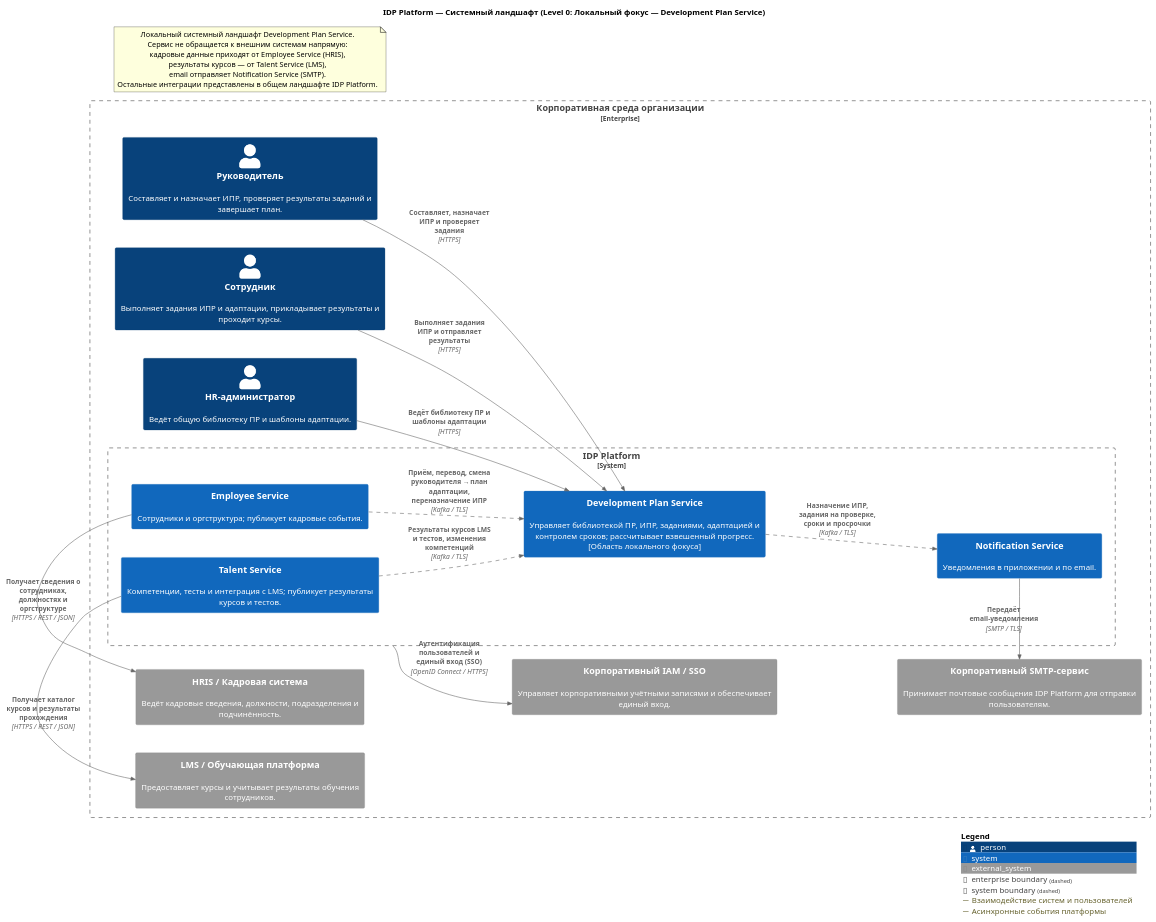
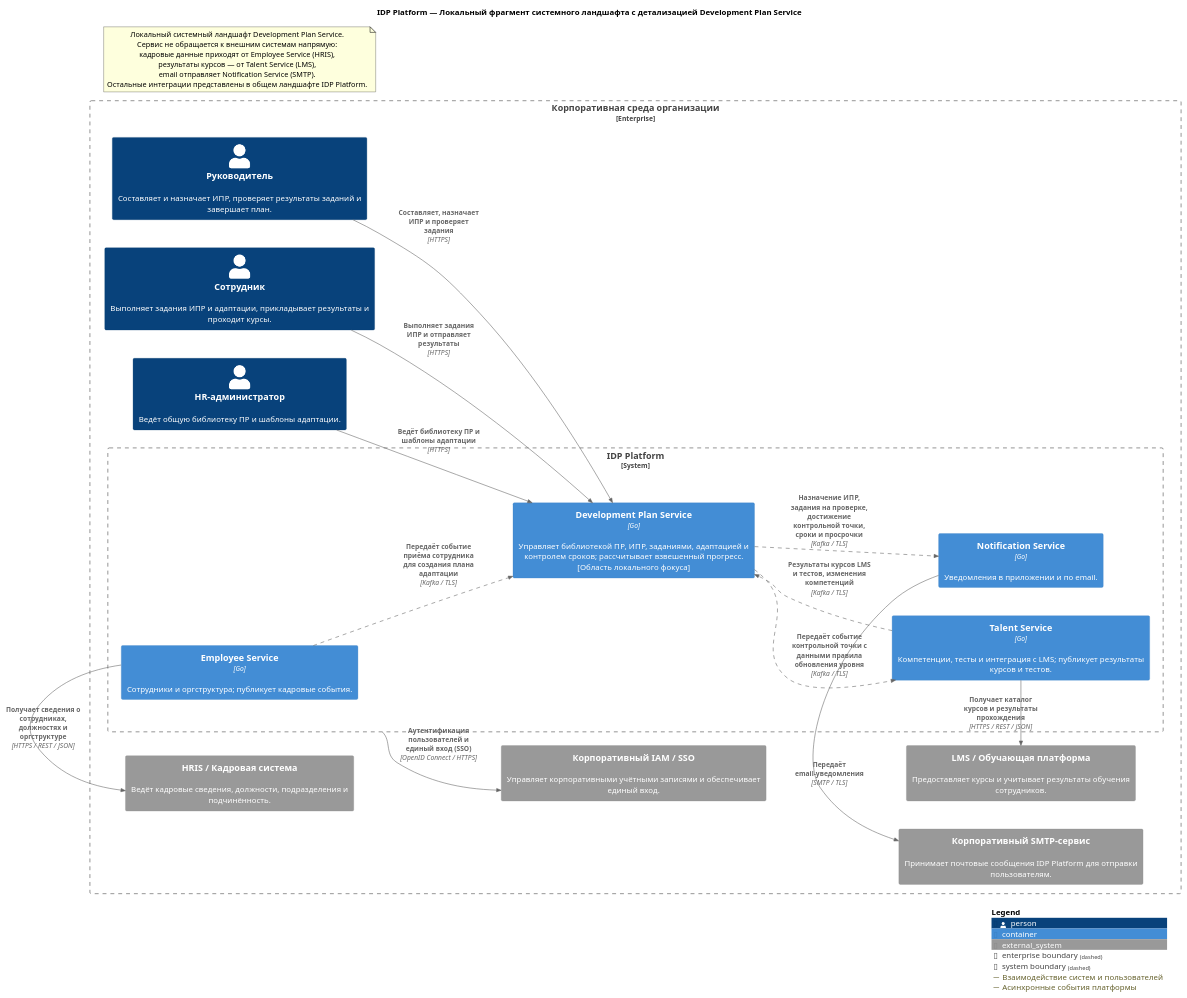
The diagram in landscapeL0/developmentPlanService_L0.puml (plafon05/IDPPlatformC4Model), drawn with PlantUML before and after one commit. The commit also changed 7 other files, not shown here.

Commit message:
добавлены общие диаграммы: landscape, dynamic и daployment, а также внесены поправки в некоторые диаграммы сервисов

```diff
--- a/landscapeL0/developmentPlanService_L0.puml
+++ b/landscapeL0/developmentPlanService_L0.puml
@@ -1,66 +1,67 @@
 @startuml IDP_Platform_DevelopmentPlan_L0
 
-!include <C4/C4_Context>
+!include <C4/C4_Container>
 
-title IDP Platform — Системный ландшафт (Level 0: Локальный фокус — Development Plan Service)
+title IDP Platform — Локальный фрагмент системного ландшафта с детализацией Development Plan Service
 
 LAYOUT_LEFT_RIGHT()
 
 skinparam nodesep 50
 skinparam ranksep 75
 skinparam wrapWidth 480
 
 AddRelTag("interaction", $lineStyle=SolidLine(), $legendText="Взаимодействие систем и пользователей")
 AddRelTag("events", $lineStyle=DashedLine(), $legendText="Асинхронные события платформы")
 
 Enterprise_Boundary(organization, "Корпоративная среда организации") {
 
     together {
         Person(employee, "Сотрудник", "Выполняет задания ИПР и адаптации, прикладывает результаты и проходит курсы.")
         Person(manager, "Руководитель", "Составляет и назначает ИПР, проверяет результаты заданий и завершает план.")
         Person(hrAdmin, "HR-администратор", "Ведёт общую библиотеку ПР и шаблоны адаптации.")
     }
 
     System_Boundary(idpPlatform, "IDP Platform") {
-        System(developmentService, "Development Plan Service", "Управляет библиотекой ПР, ИПР, заданиями, адаптацией и контролем сроков; рассчитывает взвешенный прогресс.\n[Область локального фокуса]")
-        System(employeeService, "Employee Service", "Сотрудники и оргструктура; публикует кадровые события.")
-        System(talentService, "Talent Service", "Компетенции, тесты и интеграция с LMS; публикует результаты курсов и тестов.")
-        System(notificationService, "Notification Service", "Уведомления в приложении и по email.")
+        Container(developmentService, "Development Plan Service", "Go", "Управляет библиотекой ПР, ИПР, заданиями, адаптацией и контролем сроков; рассчитывает взвешенный прогресс.\n[Область локального фокуса]")
+        Container(employeeService, "Employee Service", "Go", "Сотрудники и оргструктура; публикует кадровые события.")
+        Container(talentService, "Talent Service", "Go", "Компетенции, тесты и интеграция с LMS; публикует результаты курсов и тестов.")
+        Container(notificationService, "Notification Service", "Go", "Уведомления в приложении и по email.")
     }
 
     System_Ext(hris, "HRIS / Кадровая система", "Ведёт кадровые сведения, должности, подразделения и подчинённость.")
     System_Ext(lms, "LMS / Обучающая платформа", "Предоставляет курсы и учитывает результаты обучения сотрудников.")
     System_Ext(iam, "Корпоративный IAM / SSO", "Управляет корпоративными учётными записями и обеспечивает единый вход.")
     System_Ext(smtp, "Корпоративный SMTP-сервис", "Принимает почтовые сообщения IDP Platform для отправки пользователям.")
 }
 
 ' Работа пользователей с ИПР (через веб-приложение и API Gateway)
 Rel(employee, developmentService, "Выполняет задания ИПР и отправляет результаты", "HTTPS", $tags="interaction")
 Rel(manager, developmentService, "Составляет, назначает ИПР и проверяет задания", "HTTPS", $tags="interaction")
 Rel(hrAdmin, developmentService, "Ведёт библиотеку ПР и шаблоны адаптации", "HTTPS", $tags="interaction")
 
 ' Встраивание Development Plan Service через события смежных сервисов
 Rel_L(employeeService, hris, "Получает сведения о сотрудниках, должностях и оргструктуре", "HTTPS / REST / JSON", $tags="interaction")
-Rel(employeeService, developmentService, "Приём, перевод, смена руководителя → план адаптации, переназначение ИПР", "Kafka / TLS", $tags="events")
+Rel(employeeService, developmentService, "Передаёт событие приёма сотрудника для создания плана адаптации", "Kafka / TLS", $tags="events")
 
 Rel_L(talentService, lms, "Получает каталог курсов и результаты прохождения", "HTTPS / REST / JSON", $tags="interaction")
 Rel(talentService, developmentService, "Результаты курсов LMS и тестов, изменения компетенций", "Kafka / TLS", $tags="events")
 
-Rel(developmentService, notificationService, "Назначение ИПР, задания на проверке, сроки и просрочки", "Kafka / TLS", $tags="events")
+Rel(developmentService, talentService, "Передаёт событие контрольной точки с данными правила обновления уровня", "Kafka / TLS", $tags="events")
+Rel(developmentService, notificationService, "Назначение ИПР, задания на проверке, достижение контрольной точки, сроки и просрочки", "Kafka / TLS", $tags="events")
 Rel_R(notificationService, smtp, "Передаёт email-уведомления", "SMTP / TLS", $tags="interaction")
 
 ' Корпоративный вход
 Rel_D(idpPlatform, iam, "Аутентификация пользователей и единый вход (SSO)", "OpenID Connect / HTTPS", $tags="interaction")
 
 note as scopeNote
     Локальный системный ландшафт Development Plan Service.
     Сервис не обращается к внешним системам напрямую:
     кадровые данные приходят от Employee Service (HRIS),
     результаты курсов — от Talent Service (LMS),
     email отправляет Notification Service (SMTP).
     Остальные интеграции представлены в общем ландшафте IDP Platform.
 end note
 
 SHOW_LEGEND()
 
 @enduml
```
